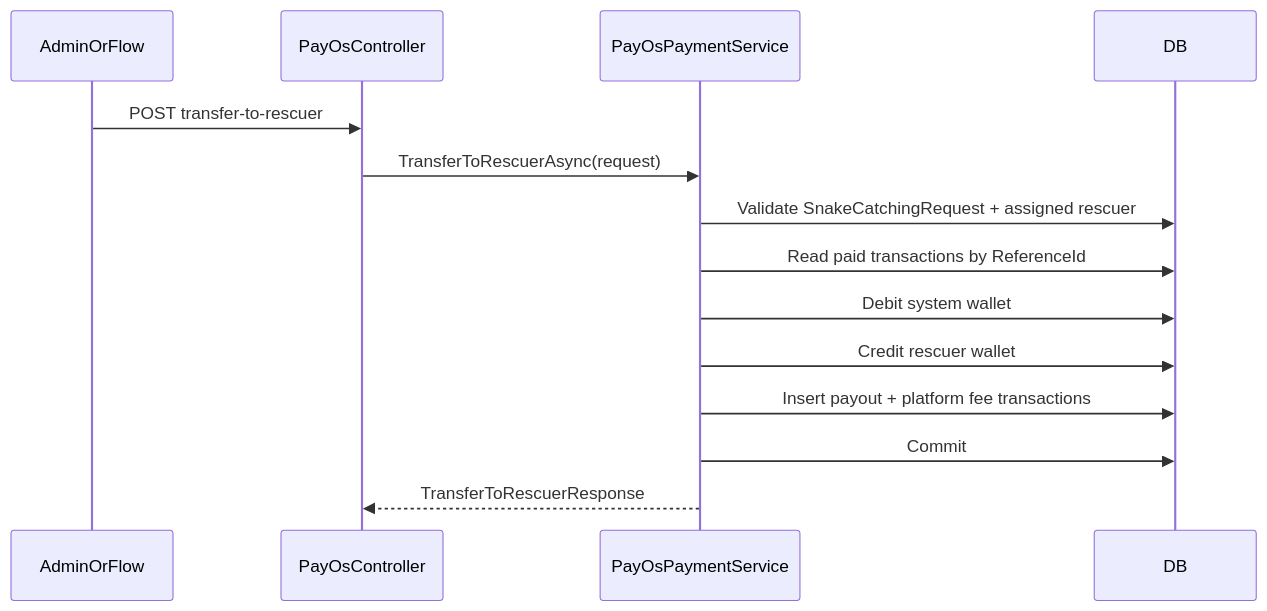
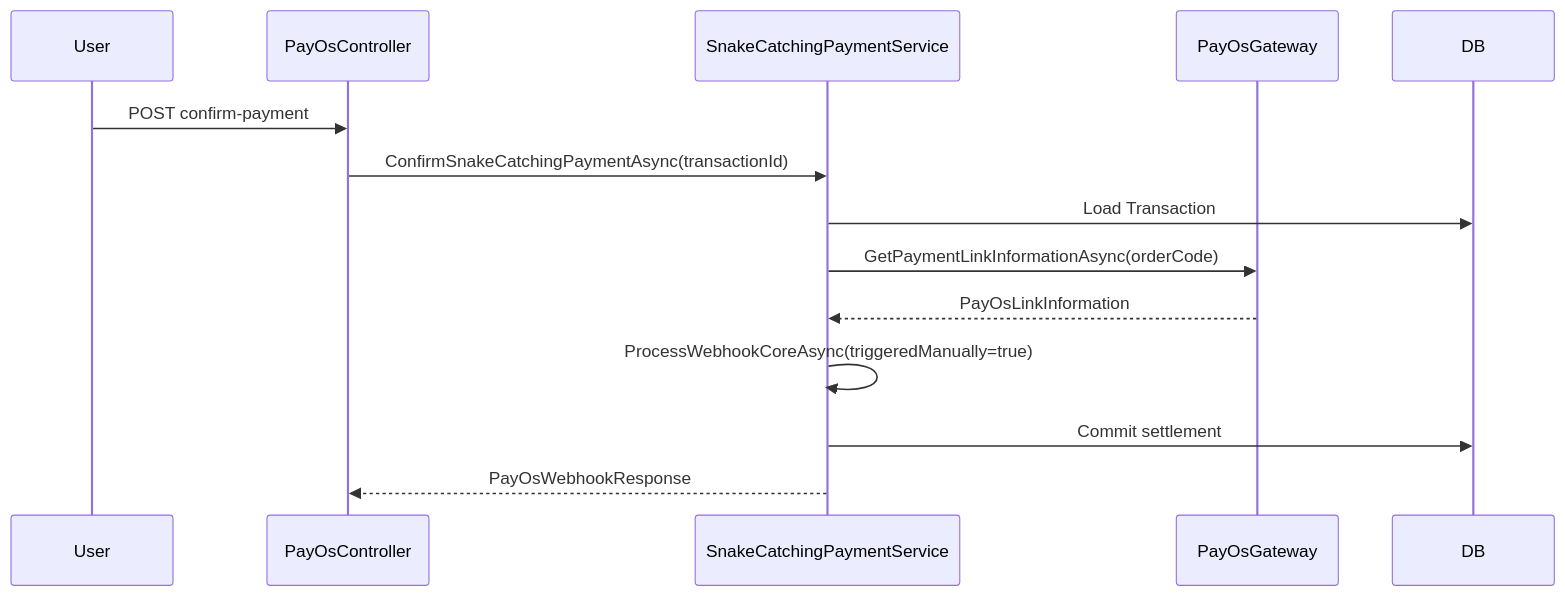
Before and after one commit to Snake-AID/SnakeAid.Docs: the eighth of 10 diagrams in Docs/05-Backend/02-layers/payos/payos.sourcecode.md, drawn with Mermaid. The commit also changed other lines of this file, not shown here.

First line of the commit message:
docs: update PayOS layer documentation to reflect recent refactor

````diff
--- a/Docs/05-Backend/02-layers/payos/payos.sourcecode.md
+++ b/Docs/05-Backend/02-layers/payos/payos.sourcecode.md
@@ -236,17 +272,17 @@
 ```mermaid
 sequenceDiagram
-    participant AdminOrFlow
+    participant User
     participant Controller as PayOsController
-    participant Service as PayOsPaymentService
+    participant Service as SnakeCatchingPaymentService
+    participant Gateway as PayOsGateway
     participant DB as DB
 
-    AdminOrFlow->>Controller: POST transfer-to-rescuer
-    Controller->>Service: TransferToRescuerAsync(request)
-    Service->>DB: Validate SnakeCatchingRequest + assigned rescuer
-    Service->>DB: Read paid transactions by ReferenceId
-    Service->>DB: Debit system wallet
-    Service->>DB: Credit rescuer wallet
-    Service->>DB: Insert payout + platform fee transactions
-    Service->>DB: Commit
-    Service-->>Controller: TransferToRescuerResponse
+    User->>Controller: POST confirm-payment
+    Controller->>Service: ConfirmSnakeCatchingPaymentAsync(transactionId)
+    Service->>DB: Load Transaction
+    Service->>Gateway: GetPaymentLinkInformationAsync(orderCode)
+    Gateway-->>Service: PayOsLinkInformation
+    Service->>Service: ProcessWebhookCoreAsync(triggeredManually=true)
+    Service->>DB: Commit settlement
+    Service-->>Controller: PayOsWebhookResponse
 ```
````
